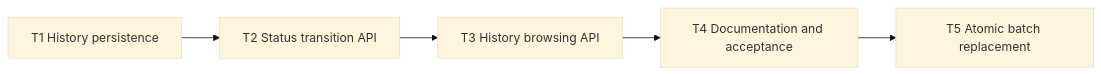
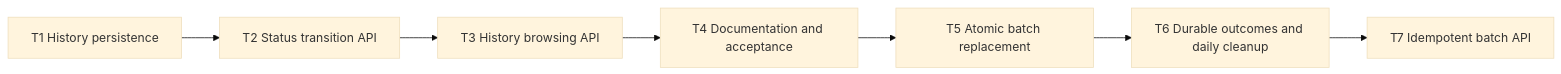
One commit to egorvel/rent-flow-inventory changed the diagram in .specs/inventory-status-transition/tasks.md. Above: the diagram before and after it, drawn with Mermaid (base theme). The commit also changed other lines of this file and 26 other files, not shown here.

````diff
--- a/.specs/inventory-status-transition/tasks.md
+++ b/.specs/inventory-status-transition/tasks.md
@@ -34,7 +34,9 @@
 ```mermaid
 flowchart LR
     T1["T1 History persistence"] --> T2["T2 Status transition API"]
     T2 --> T3["T3 History browsing API"]
     T3 --> T4["T4 Documentation and acceptance"]
     T4 --> T5["T5 Atomic batch replacement"]
+    T5 --> T6["T6 Durable outcomes and daily cleanup"]
+    T6 --> T7["T7 Idempotent batch API"]
 ```
````
